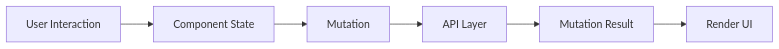
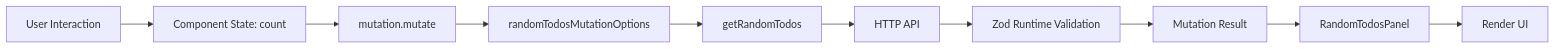
One commit to thehermitdev/tanstack-router-boilerplate changed the fifth of 7 diagrams in docs/details/todos/components-random-todos-panel.md. Above: the diagram before and after it, drawn with Mermaid. The commit also changed other lines of this file, not shown here.

Commit message:
docs: explain random todos panel

````diff
--- a/docs/details/todos/components-random-todos-panel.md
+++ b/docs/details/todos/components-random-todos-panel.md
@@ -59,8 +609,12 @@
 ```mermaid
 flowchart LR
-    A[User Interaction] --> B[Component State]
-    B --> C[Mutation]
-    C --> D[API Layer]
-    D --> E[Mutation Result]
-    E --> F[Render UI]
+    A[User Interaction] --> B[Component State: count]
+    B --> C[mutation.mutate]
+    C --> D[randomTodosMutationOptions]
+    D --> E[getRandomTodos]
+    E --> F[HTTP API]
+    F --> G[Zod Runtime Validation]
+    G --> H[Mutation Result]
+    H --> I[RandomTodosPanel]
+    I --> J[Render UI]
 ```
````
